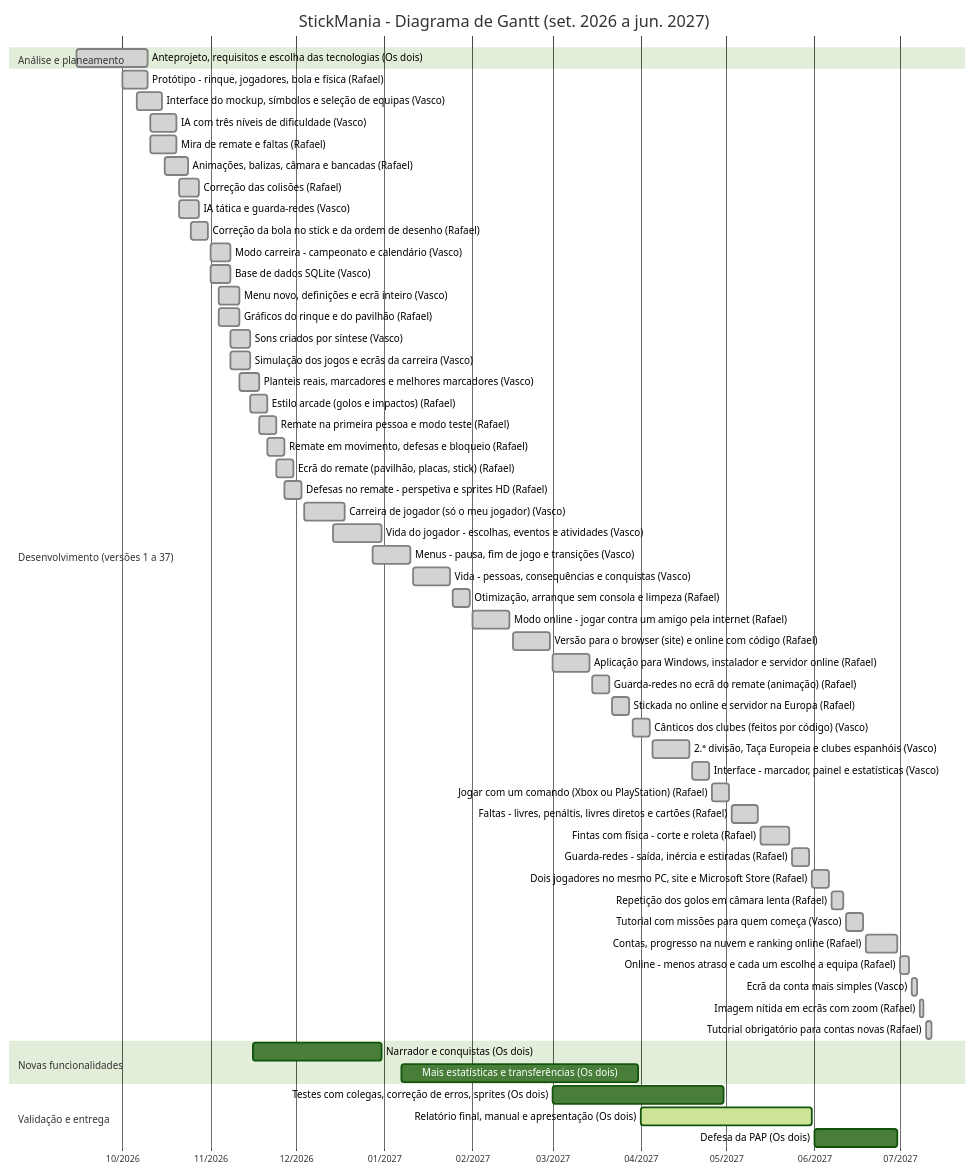
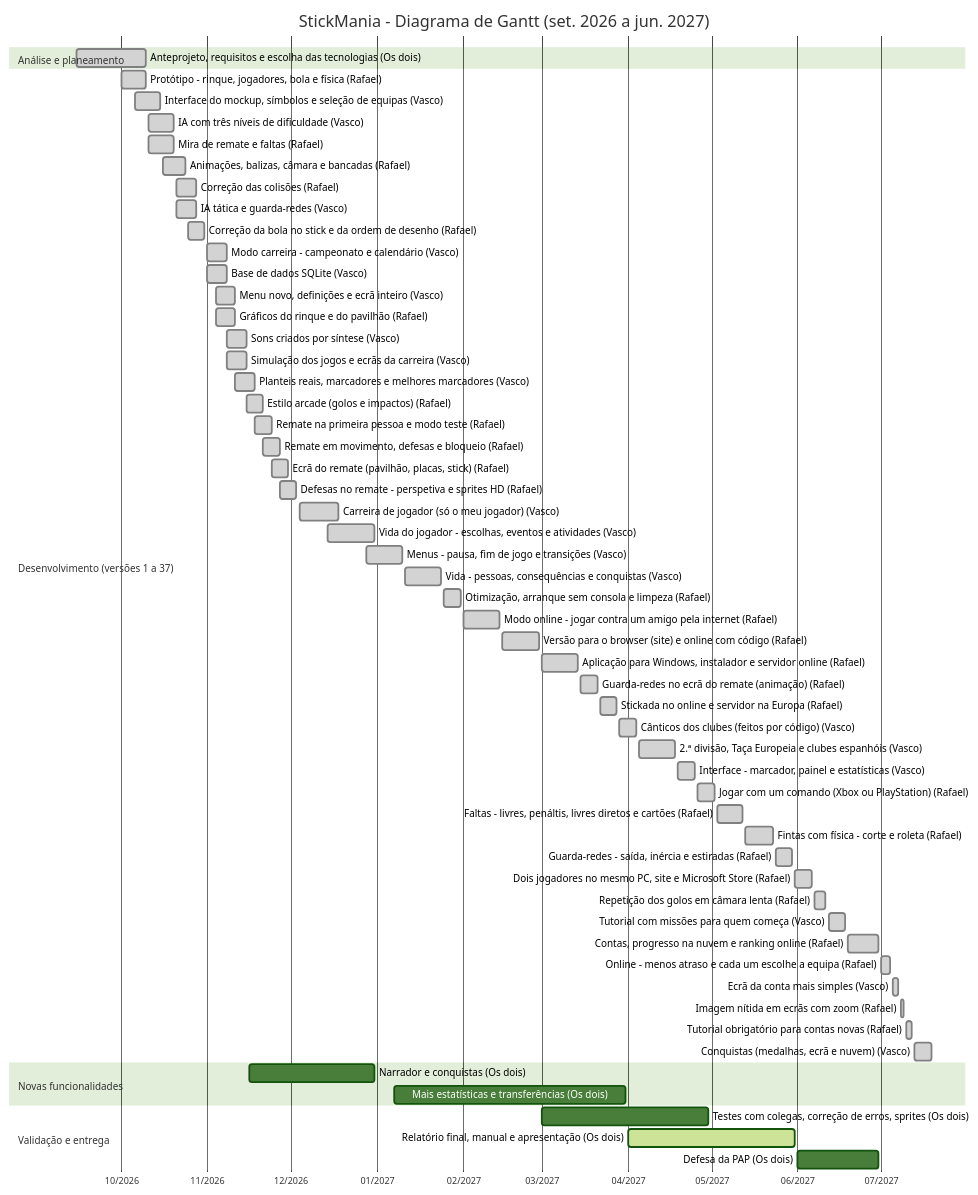
The diagram in docs/GANTT.md (RafaelSilveira23/Stickmaniapap), drawn with Mermaid (forest theme) before and after one commit. The commit also changed other lines of this file and 28 other files, not shown here.

First line of the commit message:
Conquistas: 17 medalhas, mensagem ao ganhar, ecra proprio e nuvem (versao 46)

````diff
--- a/docs/GANTT.md
+++ b/docs/GANTT.md
@@ -13,63 +13,64 @@
 ```mermaid
 gantt
     title StickMania - Diagrama de Gantt (set. 2026 a jun. 2027)
     dateFormat YYYY-MM-DD
     axisFormat %m/%Y
     tickInterval 1month
     todayMarker off
     section Análise e planeamento
     Anteprojeto, requisitos e escolha das tecnologias (Os dois) :done, t1, 2026-09-15, 2026-10-10
     section Desenvolvimento (versões 1 a 37)
     Protótipo - rinque, jogadores, bola e física (Rafael) :done, t2, 2026-10-01, 2026-10-10
     Interface do mockup, símbolos e seleção de equipas (Vasco) :done, t3, 2026-10-06, 2026-10-15
     IA com três níveis de dificuldade (Vasco) :done, t4, 2026-10-11, 2026-10-20
     Mira de remate e faltas (Rafael) :done, t5, 2026-10-11, 2026-10-20
     Animações, balizas, câmara e bancadas (Rafael) :done, t6, 2026-10-16, 2026-10-24
     Correção das colisões (Rafael) :done, t7, 2026-10-21, 2026-10-28
     IA tática e guarda-redes (Vasco) :done, t8, 2026-10-21, 2026-10-28
     Correção da bola no stick e da ordem de desenho (Rafael) :done, t9, 2026-10-25, 2026-10-31
     Modo carreira - campeonato e calendário (Vasco) :done, t10, 2026-11-01, 2026-11-08
     Base de dados SQLite (Vasco) :done, t11, 2026-11-01, 2026-11-08
     Menu novo, definições e ecrã inteiro (Vasco) :done, t12, 2026-11-04, 2026-11-11
     Gráficos do rinque e do pavilhão (Rafael) :done, t13, 2026-11-04, 2026-11-11
     Sons criados por síntese (Vasco) :done, t14, 2026-11-08, 2026-11-15
     Simulação dos jogos e ecrãs da carreira (Vasco) :done, t15, 2026-11-08, 2026-11-15
     Planteis reais, marcadores e melhores marcadores (Vasco) :done, t16, 2026-11-11, 2026-11-18
     Estilo arcade (golos e impactos) (Rafael) :done, t17, 2026-11-15, 2026-11-21
     Remate na primeira pessoa e modo teste (Rafael) :done, t18, 2026-11-18, 2026-11-24
     Remate em movimento, defesas e bloqueio (Rafael) :done, t19, 2026-11-21, 2026-11-27
     Ecrã do remate (pavilhão, placas, stick) (Rafael) :done, t20, 2026-11-24, 2026-11-30
     Defesas no remate - perspetiva e sprites HD (Rafael) :done, t21, 2026-11-27, 2026-12-03
     Carreira de jogador (só o meu jogador) (Vasco) :done, t22, 2026-12-04, 2026-12-18
     Vida do jogador - escolhas, eventos e atividades (Vasco) :done, t23, 2026-12-14, 2026-12-31
     Menus - pausa, fim de jogo e transições (Vasco) :done, t24, 2026-12-28, 2027-01-10
     Vida - pessoas, consequências e conquistas (Vasco) :done, t25, 2027-01-11, 2027-01-24
     Otimização, arranque sem consola e limpeza (Rafael) :done, t26, 2027-01-25, 2027-01-31
     Modo online - jogar contra um amigo pela internet (Rafael) :done, t27, 2027-02-01, 2027-02-14
     Versão para o browser (site) e online com código (Rafael) :done, t28, 2027-02-15, 2027-02-28
     Aplicação para Windows, instalador e servidor online (Rafael) :done, t29, 2027-03-01, 2027-03-14
     Guarda-redes no ecrã do remate (animação) (Rafael) :done, t30, 2027-03-15, 2027-03-21
     Stickada no online e servidor na Europa (Rafael) :done, t31, 2027-03-22, 2027-03-28
     Cânticos dos clubes (feitos por código) (Vasco) :done, t32, 2027-03-29, 2027-04-04
     2.ª divisão, Taça Europeia e clubes espanhóis (Vasco) :done, t33, 2027-04-05, 2027-04-18
     Interface - marcador, painel e estatísticas (Vasco) :done, t34, 2027-04-19, 2027-04-25
     Jogar com um comando (Xbox ou PlayStation) (Rafael) :done, t35, 2027-04-26, 2027-05-02
     Faltas - livres, penáltis, livres diretos e cartões (Rafael) :done, t36, 2027-05-03, 2027-05-12
     Fintas com física - corte e roleta (Rafael) :done, t37, 2027-05-13, 2027-05-23
     Guarda-redes - saída, inércia e estiradas (Rafael) :done, t38, 2027-05-24, 2027-05-30
     Dois jogadores no mesmo PC, site e Microsoft Store (Rafael) :done, t39, 2027-05-31, 2027-06-06
     Repetição dos golos em câmara lenta (Rafael) :done, t40, 2027-06-07, 2027-06-11
     Tutorial com missões para quem começa (Vasco) :done, t41, 2027-06-12, 2027-06-18
     Contas, progresso na nuvem e ranking online (Rafael) :done, t42, 2027-06-19, 2027-06-30
     Online - menos atraso e cada um escolhe a equipa (Rafael) :done, t43, 2027-07-01, 2027-07-04
     Ecrã da conta mais simples (Vasco) :done, t44, 2027-07-05, 2027-07-07
     Imagem nítida em ecrãs com zoom (Rafael) :done, t45, 2027-07-08, 2027-07-09
     Tutorial obrigatório para contas novas (Rafael) :done, t46, 2027-07-10, 2027-07-12
+    Conquistas (medalhas, ecrã e nuvem) (Vasco) :done, t47, 2027-07-13, 2027-07-19
     section Novas funcionalidades
-    Narrador e conquistas (Os dois) :t47, 2026-11-16, 2026-12-31
-    Mais estatísticas e transferências (Os dois) :t48, 2027-01-07, 2027-03-31
+    Narrador e conquistas (Os dois) :t48, 2026-11-16, 2026-12-31
+    Mais estatísticas e transferências (Os dois) :t49, 2027-01-07, 2027-03-31
     section Validação e entrega
-    Testes com colegas, correção de erros, sprites (Os dois) :t49, 2027-03-01, 2027-04-30
-    Relatório final, manual e apresentação (Os dois) :active, t50, 2027-04-01, 2027-05-31
-    Defesa da PAP (Os dois) :t51, 2027-06-01, 2027-06-30
+    Testes com colegas, correção de erros, sprites (Os dois) :t50, 2027-03-01, 2027-04-30
+    Relatório final, manual e apresentação (Os dois) :active, t51, 2027-04-01, 2027-05-31
+    Defesa da PAP (Os dois) :t52, 2027-06-01, 2027-06-30
 ```
````
